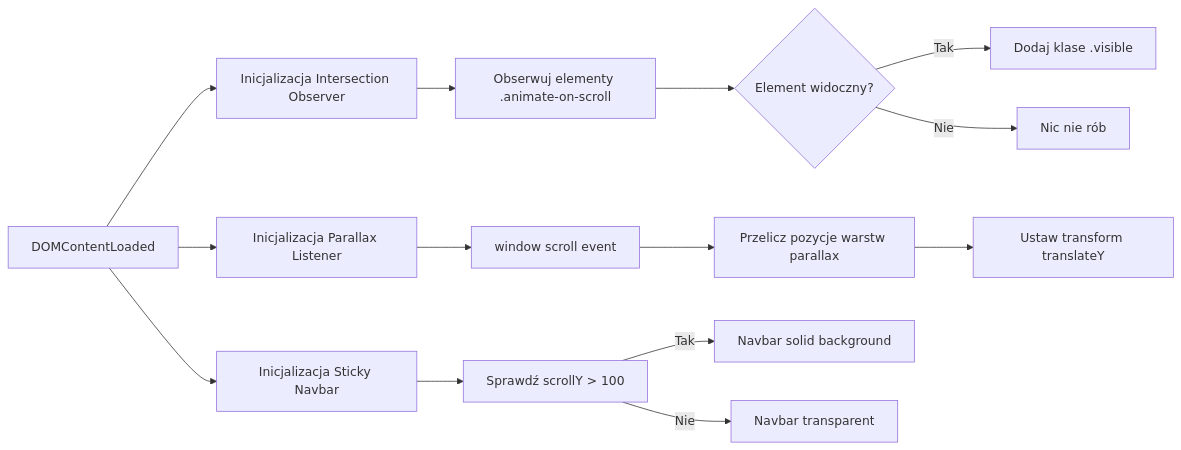
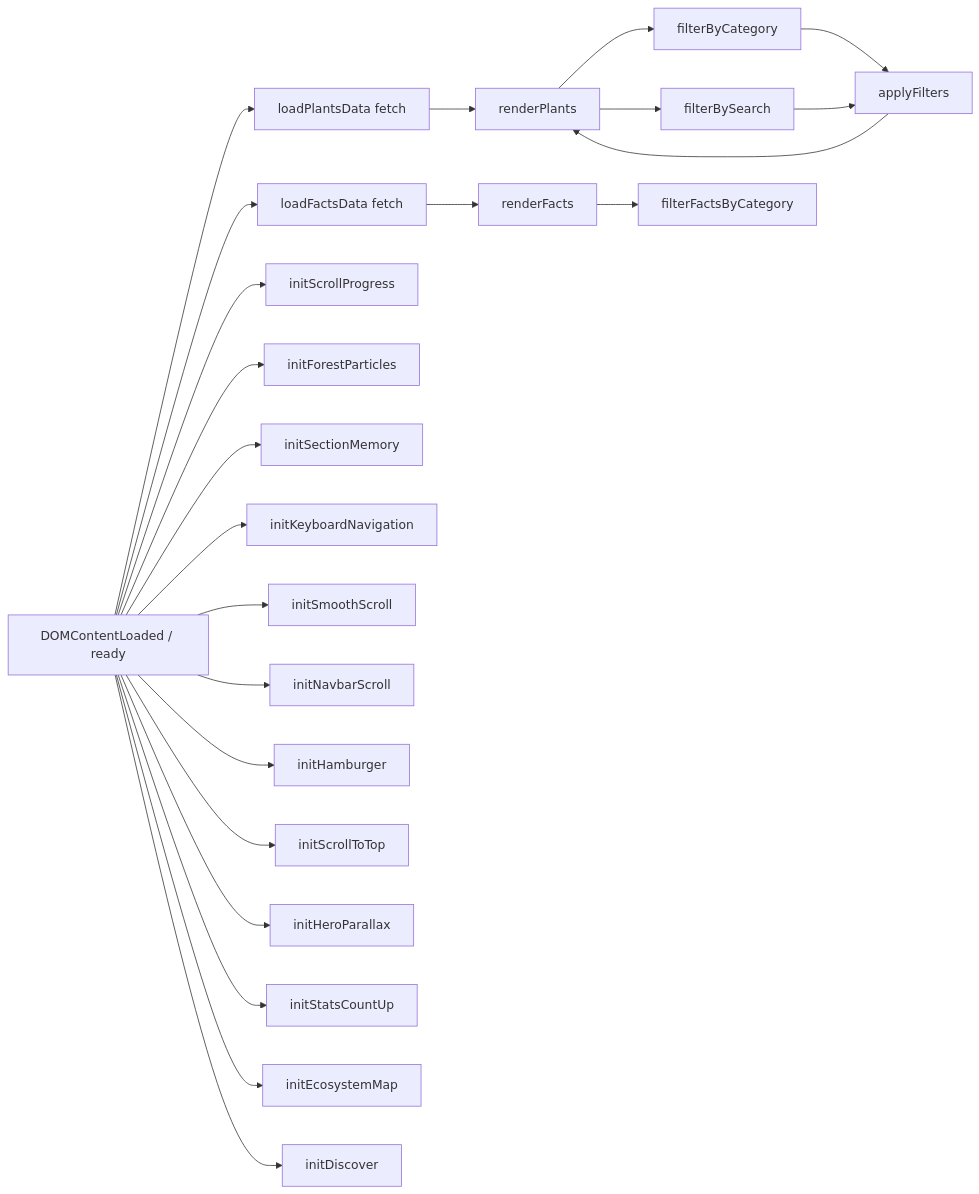
The second of 2 diagrams in plans/implementation-plan.md (jakubtaraszewski123-coder/Projekt_Strona_Internetowa), drawn with Mermaid before and after one commit. The commit also changed other lines of this file and 32 other files, not shown here.

````diff
--- a/plans/implementation-plan.md
+++ b/plans/implementation-plan.md
@@ -198,19 +179,28 @@
 ```mermaid
 graph LR
-    A[DOMContentLoaded] --> B[Inicjalizacja Intersection Observer]
-    A --> C[Inicjalizacja Parallax Listener]
-    A --> D[Inicjalizacja Sticky Navbar]
+    A[DOMContentLoaded / ready] --> B[loadPlantsData fetch]
+    A --> C[loadFactsData fetch]
+    A --> D[initScrollProgress]
+    A --> E[initForestParticles]
+    A --> F[initSectionMemory]
+    A --> G[initKeyboardNavigation]
+    A --> H[initSmoothScroll]
+    A --> I[initNavbarScroll]
+    A --> J[initHamburger]
+    A --> K[initScrollToTop]
+    A --> L[initHeroParallax]
+    A --> M[initStatsCountUp]
+    A --> N[initEcosystemMap]
+    A --> O[initDiscover]
 
-    B --> E[Obserwuj elementy .animate-on-scroll]
-    E --> F{Element widoczny?}
-    F -->|Tak| G[Dodaj klase .visible]
-    F -->|Nie| H[Nic nie rób]
+    B --> P[renderPlants]
+    C --> Q[renderFacts]
 
-    C --> I[window scroll event]
-    I --> J[Przelicz pozycje warstw parallax]
-    J --> K[Ustaw transform translateY]
+    P --> R[filterByCategory]
+    P --> S[filterBySearch]
+    R --> T[applyFilters]
+    S --> T
+    T --> P
 
-    D --> L[Sprawdź scrollY > 100]
-    L -->|Tak| M[Navbar solid background]
-    L -->|Nie| N[Navbar transparent]
+    Q --> U[filterFactsByCategory]
 ```
````
